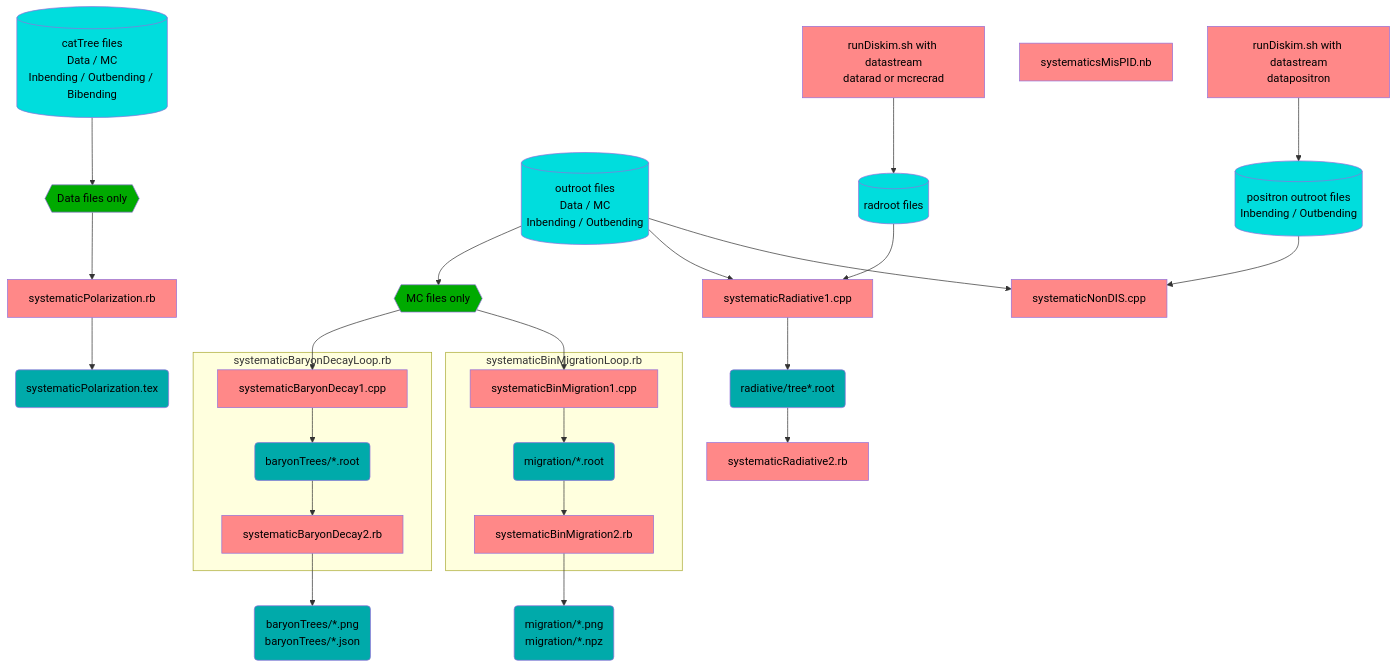
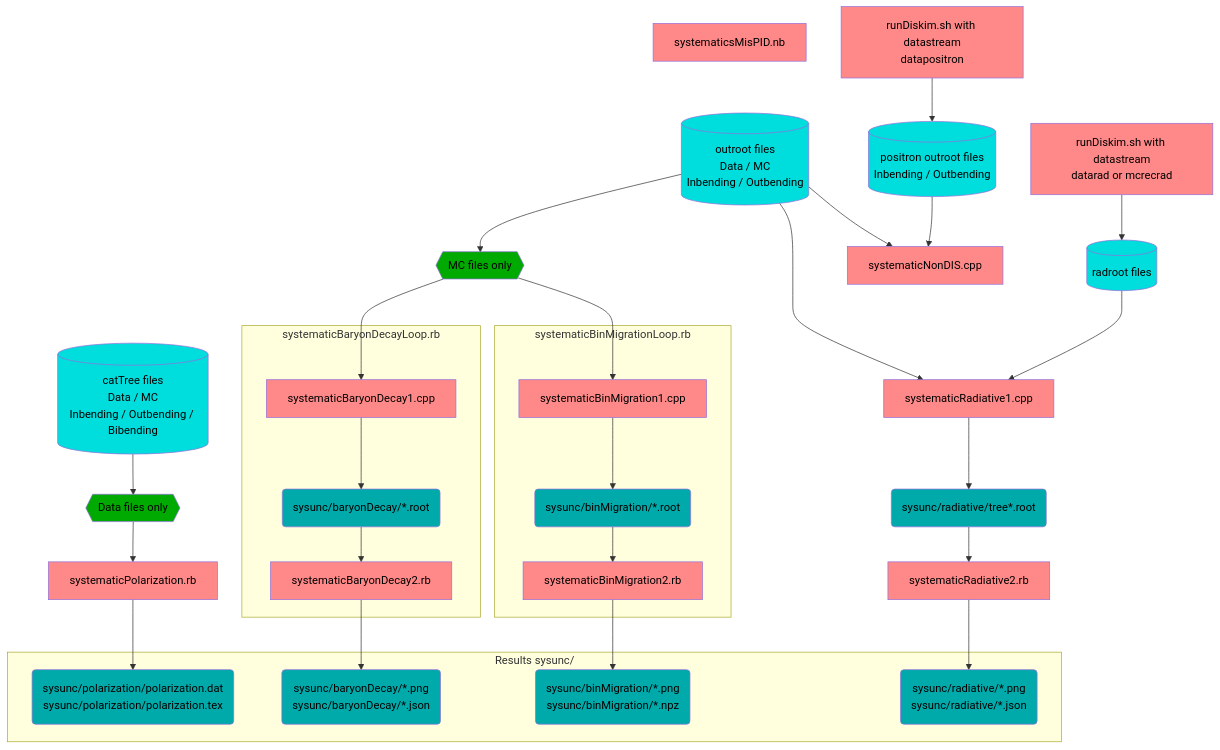
The second of 2 diagrams in README.md (c-dilks/dispin), drawn with Mermaid before and after one commit. The commit also changed 11 other files, not shown here.

Commit message:
feat: centralize systematic uncertainty results (#71)

````diff
--- a/README.md
+++ b/README.md
@@ -158,53 +158,61 @@
 ```mermaid
 flowchart TB
   classDef alg fill:#ff8888,color:black
   classDef data fill:#00aaaa,color:black
   classDef bigdata fill:#00dddd,color:black
   classDef op fill:#00aa00,color:black
 
   CatTrees[(catTree files<br/>Data / MC<br/>Inbending / Outbending / Bibending)]:::bigdata
   CatTreesOnlyData{{Data files only}}:::op
   CatTrees --> CatTreesOnlyData
 
   Outroots[(outroot files<br/>Data / MC<br/>Inbending / Outbending)]:::bigdata
   OutrootsOnlyMC{{MC files only}}:::op
   Outroots --> OutrootsOnlyMC
 
   PolAlg[systematicPolarization.rb]:::alg
-  Pol(systematicPolarization.tex):::data
-  CatTreesOnlyData --> PolAlg --> Pol
+  CatTreesOnlyData --> PolAlg
 
   subgraph systematicBaryonDecayLoop.rb
       BaryonAlg1[systematicBaryonDecay1.cpp]:::alg
-      BaryonTrees(baryonTrees/*.root):::data
+      BaryonTrees(sysunc/baryonDecay/*.root):::data
       BaryonAlg2[systematicBaryonDecay2.rb]:::alg
   end
-  BaryonResult(baryonTrees/*.png<br/>baryonTrees/*.json):::data
-  OutrootsOnlyMC --> BaryonAlg1 --> BaryonTrees --> BaryonAlg2 --> BaryonResult
+  OutrootsOnlyMC --> BaryonAlg1 --> BaryonTrees --> BaryonAlg2
 
   subgraph systematicBinMigrationLoop.rb
       MigrationAlg1[systematicBinMigration1.cpp]:::alg
-      MigrationRoots(migration/*.root):::data
+      MigrationRoots(sysunc/binMigration/*.root):::data
       MigrationAlg2[systematicBinMigration2.rb]:::alg
   end
-  MigrationResult(migration/*.png<br/>migration/*.npz):::data
-  OutrootsOnlyMC --> MigrationAlg1 --> MigrationRoots --> MigrationAlg2 --> MigrationResult
+  OutrootsOnlyMC --> MigrationAlg1 --> MigrationRoots --> MigrationAlg2
 
   RunDiskimRad[runDiskim.sh with datastream<br/>datarad or mcrecrad]:::alg
   RadRoots[(radroot files)]:::bigdata
   RadAlg1[systematicRadiative1.cpp]:::alg
-  RadTrees(radiative/tree*.root):::data
+  RadTrees(sysunc/radiative/tree*.root):::data
   RadAlg2[systematicRadiative2.rb]:::alg
   Outroots --> RadAlg1
   RunDiskimRad --> RadRoots --> RadAlg1
   RadAlg1 --> RadTrees --> RadAlg2
 
   MisPID[systematicsMisPID.nb]:::alg
 
   RunDiskimPositron[runDiskim.sh with datastream<br/>datapositron]:::alg
   PositronRoots[(positron outroot files<br/>Inbending / Outbending)]:::bigdata
   PositronAlg[systematicNonDIS.cpp]:::alg
   RunDiskimPositron --> PositronRoots
   Outroots --> PositronAlg
   PositronRoots --> PositronAlg
+
+  subgraph Results sysunc/
+      PolResult(sysunc/polarization/polarization.dat<br/>sysunc/polarization/polarization.tex):::data
+      BaryonResult(sysunc/baryonDecay/*.png<br/>sysunc/baryonDecay/*.json):::data
+      MigrationResult(sysunc/binMigration/*.png<br/>sysunc/binMigration/*.npz):::data
+      RadResult(sysunc/radiative/*.png<br/>sysunc/radiative/*.json):::data
+  end
+  PolAlg        --> PolResult
+  BaryonAlg2    --> BaryonResult
+  MigrationAlg2 --> MigrationResult
+  RadAlg2       --> RadResult
 ```
````
